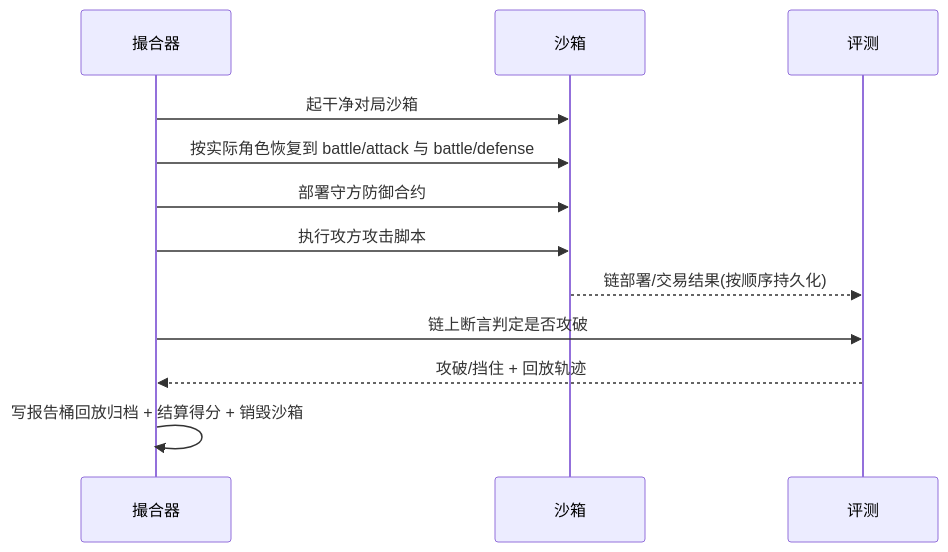
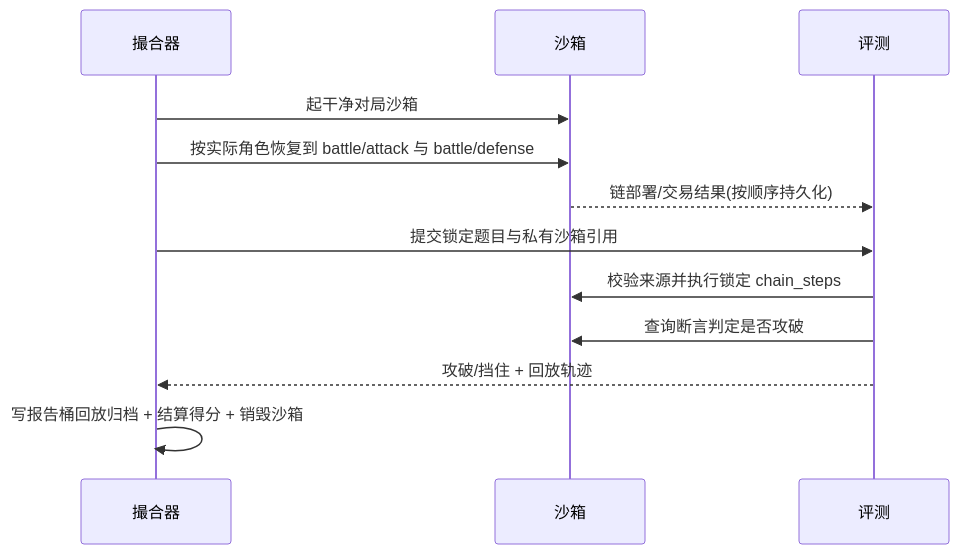
One commit to menghuishisan/CHAIMIR changed the sixth of 9 diagrams in docs/08-竞赛/05-业务流程与状态机.md. Above: the diagram before and after it, drawn with Mermaid. The commit also changed other lines of this file and 340 other files, not shown here.

````diff
--- a/docs/08-竞赛/05-业务流程与状态机.md
+++ b/docs/08-竞赛/05-业务流程与状态机.md
@@ -107,14 +122,14 @@
 ```mermaid
 sequenceDiagram
     participant Sched as 撮合器
     participant M2 as 沙箱
     participant M3 as 评测
     Sched->>M2: 起干净对局沙箱
     Sched->>M2: 按实际角色恢复到 battle/attack 与 battle/defense
-    Sched->>M2: 部署守方防御合约
-    Sched->>M2: 执行攻方攻击脚本
     M2-->>M3: 链部署/交易结果(按顺序持久化)
-    Sched->>M3: 链上断言判定是否攻破
+    Sched->>M3: 提交锁定题目与私有沙箱引用
+    M3->>M2: 校验来源并执行锁定 chain_steps
+    M3->>M2: 查询断言判定是否攻破
     M3-->>Sched: 攻破/挡住 + 回放轨迹
     Sched->>Sched: 写报告桶回放归档 + 结算得分 + 销毁沙箱
 ```
````
